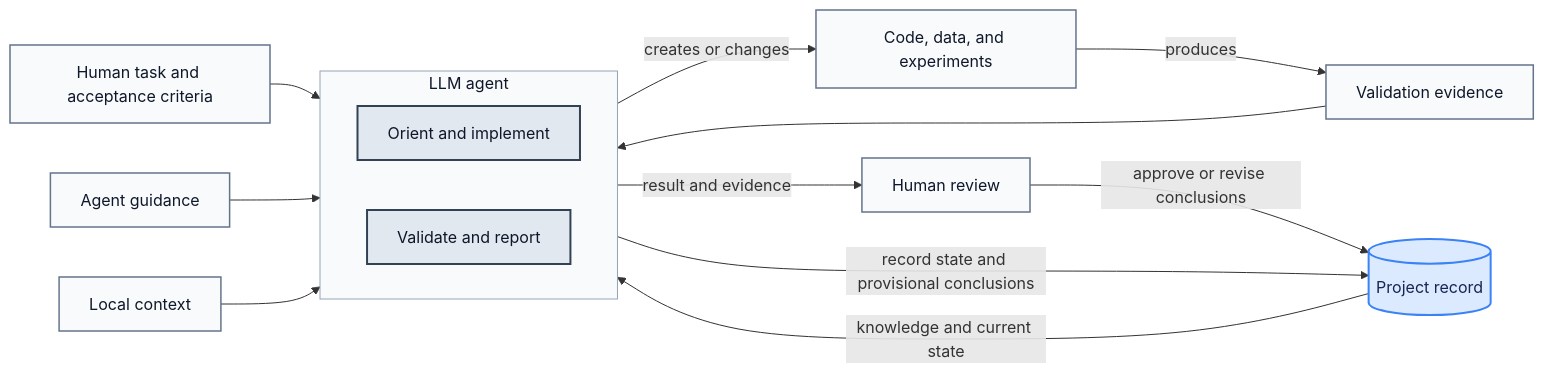
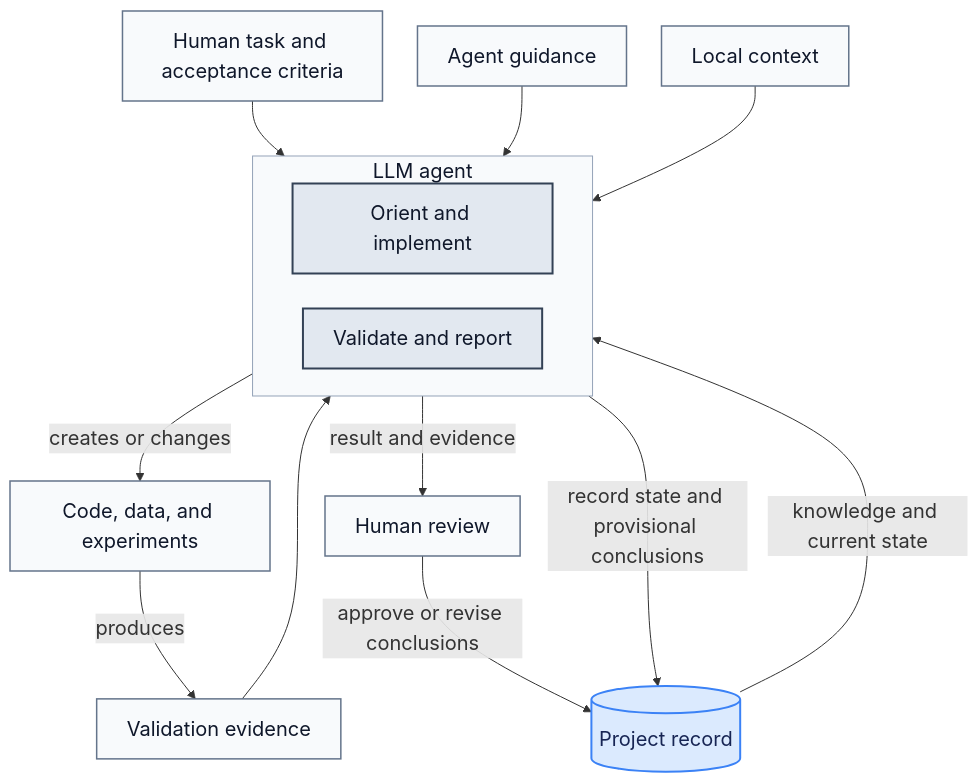
Before and after one commit to 7FeiW/Incomplete_guide: the diagram in docs/15_Agentic_Workflow.md, drawn with Mermaid. The commit also changed 1 other file, not shown here.

````diff
--- a/docs/15_Agentic_Workflow.md
+++ b/docs/15_Agentic_Workflow.md
@@ -64,28 +64,29 @@
 ```mermaid
-flowchart LR
+%%{init: {"themeVariables": {"fontSize": "20px"}, "flowchart": {"nodeSpacing": 35, "rankSpacing": 55}}}%%
+flowchart TB
     H[Human task and acceptance criteria] --> A
     G[Agent guidance] --> A
     C[Local context] --> A
     R[(Project record)] -->|knowledge and current state| A
 
     subgraph LLM[LLM agent]
         direction LR
         A[Orient and implement]
         D[Validate and report]
     end
 
     A -->|creates or changes| W[Code, data, and experiments]
     W -->|produces| V[Validation evidence]
     V --> D
     D -->|result and evidence| Q[Human review]
     D -->|record state and provisional conclusions| R
     Q -->|approve or revise conclusions| R
 
-    classDef standard fill:#f8fafc,stroke:#64748b,color:#0f172a,stroke-width:1.5px
-    classDef agent fill:#e2e8f0,stroke:#334155,color:#0f172a,stroke-width:2px
-    classDef record fill:#dbeafe,stroke:#3b82f6,color:#172554,stroke-width:2px
+    classDef standard fill:#f8fafc,stroke:#64748b,color:#0f172a,stroke-width:1.5px,font-size:20px
+    classDef agent fill:#e2e8f0,stroke:#334155,color:#0f172a,stroke-width:2px,font-size:20px
+    classDef record fill:#dbeafe,stroke:#3b82f6,color:#172554,stroke-width:2px,font-size:20px
     class H,G,C,W,V,Q standard
     class A,D agent
     class R record
-    style LLM fill:#f8fafc,stroke:#94a3b8,color:#0f172a,stroke-width:1px
+    style LLM fill:#f8fafc,stroke:#94a3b8,color:#0f172a,stroke-width:1px,font-size:20px
 ```
````
